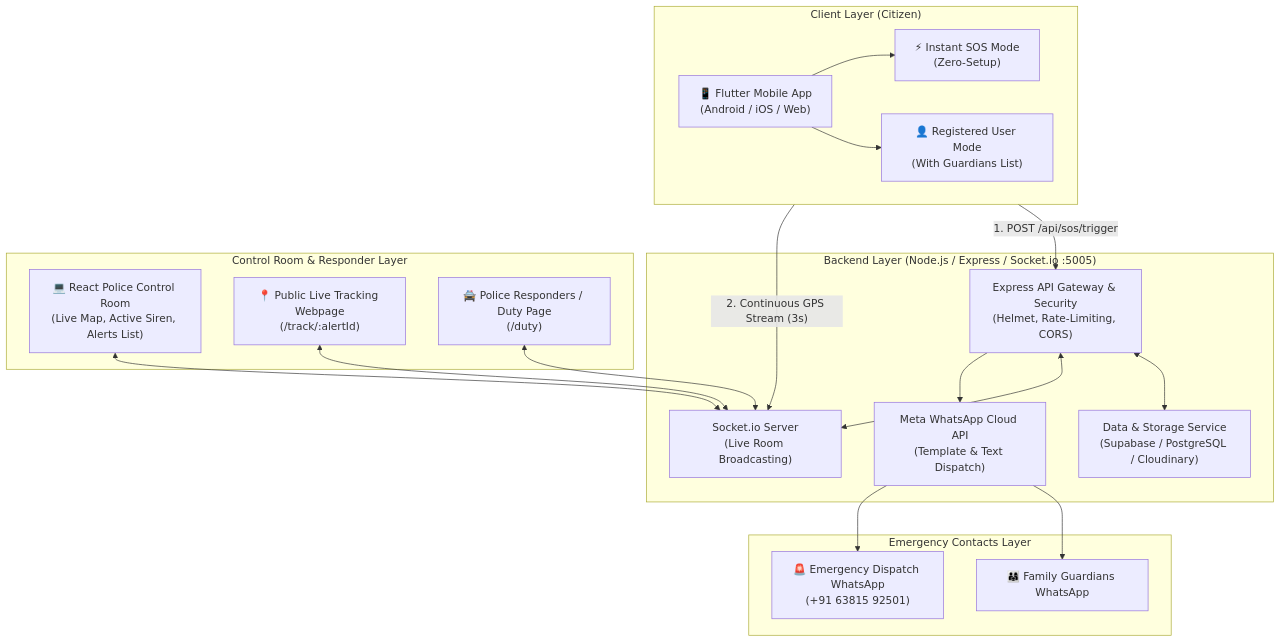
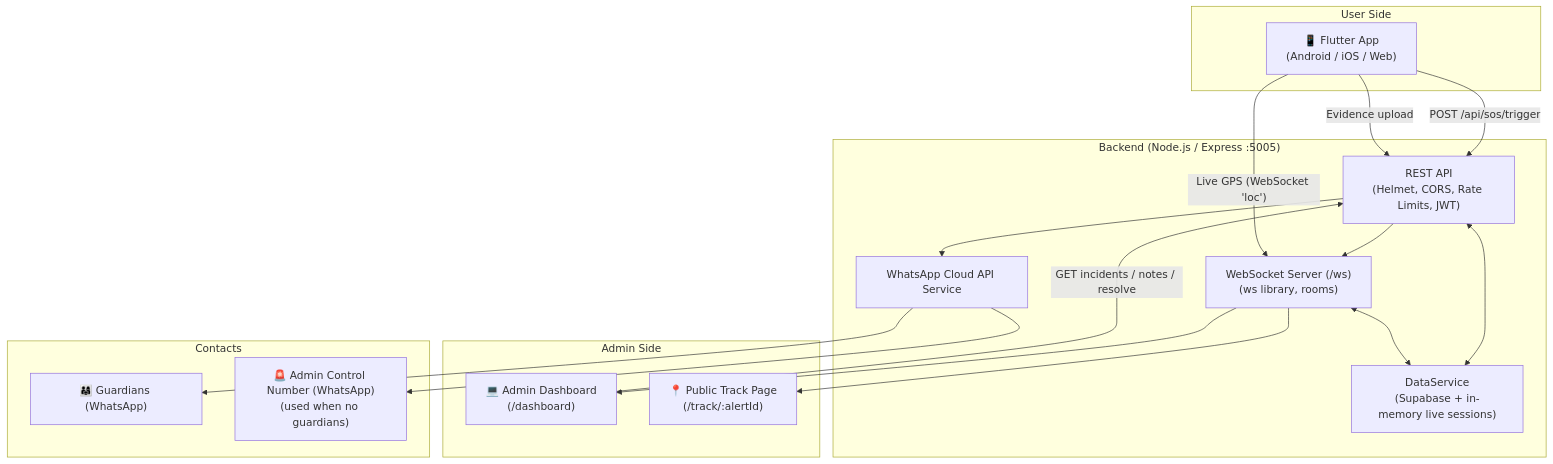
The first of 2 diagrams in DEVI_SYSTEM_ARCHITECTURE.md (macvelsoftwaresolution/DEVI_APP), drawn with Mermaid before and after one commit. The commit also changed other lines of this file and 66 other files, not shown here.

````diff
--- a/DEVI_SYSTEM_ARCHITECTURE.md
+++ b/DEVI_SYSTEM_ARCHITECTURE.md
@@ -41,40 +41,36 @@
 ```mermaid
 flowchart TD
-    subgraph ClientLayer ["Client Layer (Citizen)"]
-        MobileApp["📱 Flutter Mobile App<br/>(Android / iOS / Web)"]
-        InstantSOS["⚡ Instant SOS Mode<br/>(Zero-Setup)"]
-        RegUser["👤 Registered User Mode<br/>(With Guardians List)"]
-        MobileApp --> InstantSOS
-        MobileApp --> RegUser
+    subgraph UserSide ["User Side"]
+        App["📱 Flutter App<br/>(Android / iOS / Web)"]
     end
 
-    subgraph BackendLayer ["Backend Layer (Node.js / Express / Socket.io :5005)"]
-        APIGateway["Express API Gateway & Security<br/>(Helmet, Rate-Limiting, CORS)"]
-        SocketServer["Socket.io Server<br/>(Live Room Broadcasting)"]
-        DataService["Data & Storage Service<br/>(Supabase / PostgreSQL / Cloudinary)"]
-        WhatsAppService["Meta WhatsApp Cloud API<br/>(Template & Text Dispatch)"]
-
-        APIGateway <--> DataService
-        APIGateway <--> SocketServer
-        APIGateway --> WhatsAppService
+    subgraph Backend ["Backend (Node.js / Express :5005)"]
+        API["REST API<br/>(Helmet, CORS, Rate Limits, JWT)"]
+        WS["WebSocket Server (/ws)<br/>(ws library, rooms)"]
+        Data["DataService<br/>(Supabase + in-memory live sessions)"]
+        WA["WhatsApp Cloud API Service"]
+        API <--> Data
+        API --> WS
+        API --> WA
+        WS <--> Data
     end
 
-    subgraph AuthorityLayer ["Control Room & Responder Layer"]
-        WebDashboard["💻 React Police Control Room<br/>(Live Map, Active Siren, Alerts List)"]
-        TrackPortal["📍 Public Live Tracking Webpage<br/>(/track/:alertId)"]
-        PCRUnits["🚔 Police Responders / Duty Page<br/>(/duty)"]
-        WebDashboard <--> SocketServer
-        TrackPortal <--> SocketServer
-        PCRUnits <--> SocketServer
+    subgraph AdminSide ["Admin Side"]
+        Dash["💻 Admin Dashboard<br/>(/dashboard)"]
+        Track["📍 Public Track Page<br/>(/track/:alertId)"]
     end
 
-    subgraph ContactLayer ["Emergency Contacts Layer"]
-        Guardians["👨‍👩‍👧 Family Guardians WhatsApp"]
-        DefaultControl["🚨 Emergency Dispatch WhatsApp<br/>(+91 63815 92501)"]
-        WhatsAppService --> Guardians
-        WhatsAppService --> DefaultControl
+    subgraph Contacts ["Contacts"]
+        Guardians["👨‍👩‍👧 Guardians (WhatsApp)"]
+        AdminWA["🚨 Admin Control Number (WhatsApp)<br/>(used when no guardians)"]
     end
 
-    ClientLayer -->|"1. POST /api/sos/trigger"| APIGateway
-    ClientLayer -->|"2. Continuous GPS Stream (3s)"| SocketServer
+    App -->|"POST /api/sos/trigger"| API
+    App -->|"Live GPS (WebSocket 'loc')"| WS
+    App -->|"Evidence upload"| API
+    WS --> Dash
+    WS --> Track
+    Dash -->|"GET incidents / notes / resolve"| API
+    WA --> Guardians
+    WA --> AdminWA
 ```
````
